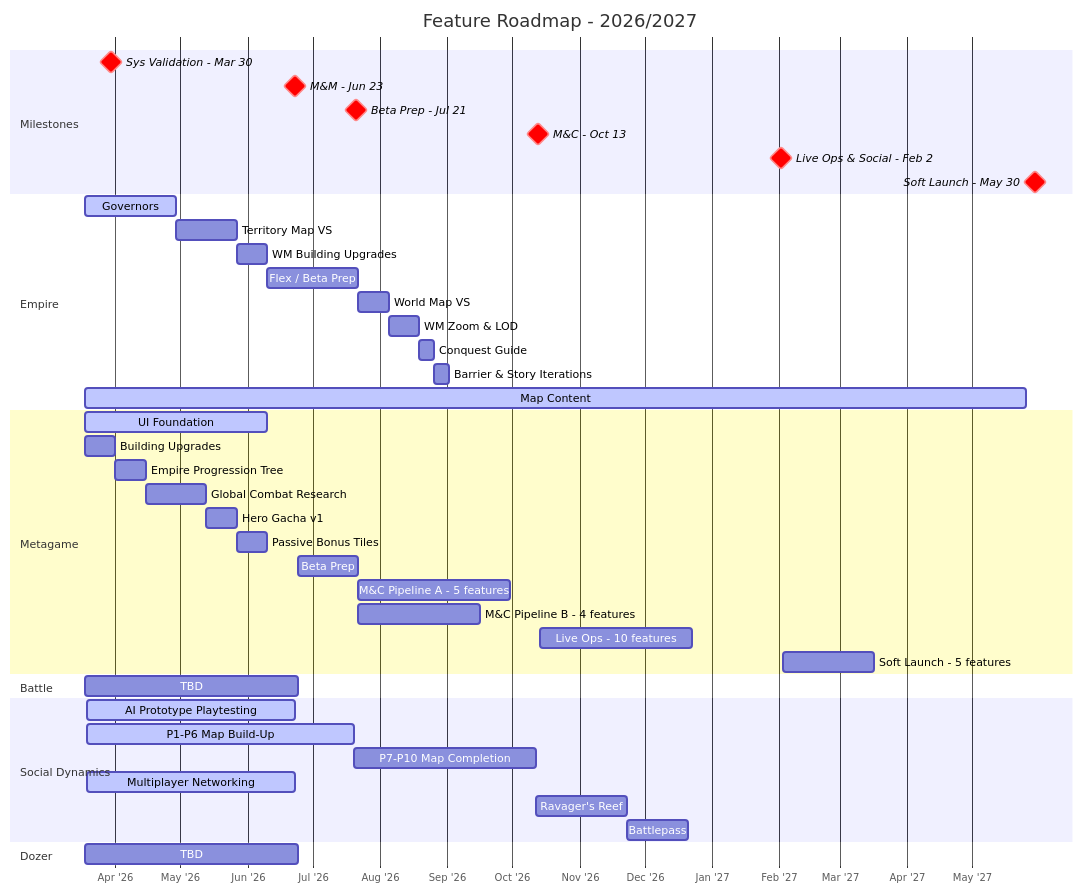
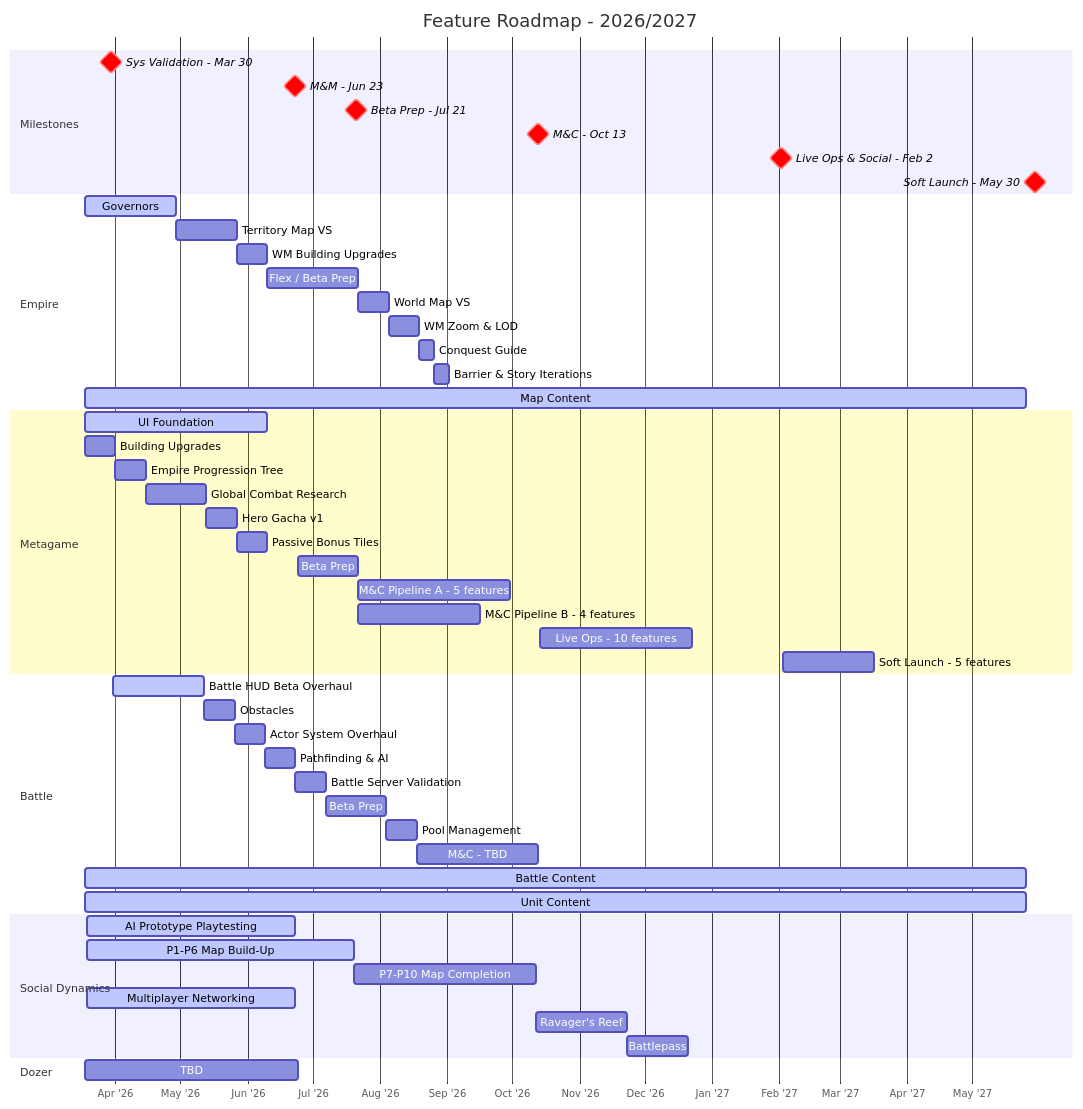
The diagram in generated/roadmap.md (timwilliams-prod/proj-chimera-documentation-brain), drawn with Mermaid before and after one commit. The commit also changed other lines of this file and 1 other file, not shown here.

Commit message:
updated battle plan

````diff
--- a/generated/roadmap.md
+++ b/generated/roadmap.md
@@ -16,53 +16,62 @@
 ```mermaid
 gantt
     title Feature Roadmap - 2026/2027
     dateFormat YYYY-MM-DD
     axisFormat %b '%y
     tickInterval 1month
 
     section Milestones
     Sys Validation - Mar 30   :crit, milestone, 2026-03-30, 0d
     M&M - Jun 23              :crit, milestone, 2026-06-23, 0d
     Beta Prep - Jul 21        :crit, milestone, 2026-07-21, 0d
     M&C - Oct 13              :crit, milestone, 2026-10-13, 0d
     Live Ops & Social - Feb 2 :crit, milestone, 2027-02-02, 0d
     Soft Launch - May 30      :crit, milestone, 2027-05-30, 0d
 
     section Empire
     Governors                 :active,  emp1, 2026-03-18, 42d
     Territory Map VS          :         emp2, after emp1, 28d
     WM Building Upgrades      :         emp3, after emp2, 14d
     Flex / Beta Prep          :         emp_bp, after emp3, 42d
     World Map VS              :         emp4, after emp_bp, 14d
     WM Zoom & LOD             :         emp5, after emp4, 14d
     Conquest Guide            :         emp6, after emp5, 7d
     Barrier & Story Iterations:         emp7, after emp6, 7d
     Map Content               :active,  emp_content, 2026-03-18, 434d
 
     section Metagame
     UI Foundation              :active, meta_a, 2026-03-18, 84d
     Building Upgrades          :meta1, 2026-03-18, 14d
     Empire Progression Tree    :meta2, after meta1, 14d
     Global Combat Research     :meta3, after meta2, 28d
     Hero Gacha v1              :meta4, after meta3, 14d
     Passive Bonus Tiles        :meta5, after meta4, 14d
     Beta Prep                  :meta_bp, 2026-06-24, 28d
     M&C Pipeline A - 5 features :meta_mc1, 2026-07-22, 70d
     M&C Pipeline B - 4 features :meta_mc2, 2026-07-22, 56d
     Live Ops - 10 features     :meta_lo, 2026-10-14, 70d
     Soft Launch - 5 features   :meta_sl, 2027-02-03, 42d
 
     section Battle
-    TBD                       :         bat1, 2026-03-18, 98d
+    Battle HUD Beta Overhaul  :active,  bat1, 2026-03-31, 42d
+    Obstacles                 :         bat2, after bat1, 14d
+    Actor System Overhaul     :         bat3, after bat2, 14d
+    Pathfinding & AI          :         bat4, after bat3, 14d
+    Battle Server Validation  :         bat5, after bat4, 14d
+    Beta Prep                 :         bat_bp, after bat5, 28d
+    Pool Management           :         bat6, after bat_bp, 14d
+    M&C - TBD                 :         bat_mc, after bat6, 56d
+    Battle Content            :active,  bat_content, 2026-03-18, 434d
+    Unit Content              :active,  bat_units, 2026-03-18, 434d
 
     section Social Dynamics
     AI Prototype Playtesting   :active,  soc_ai, 2026-03-19, 2026-06-23
     P1-P6 Map Build-Up        :active,  soc1, 2026-03-19, 2026-07-20
     P7-P10 Map Completion      :         soc2, after soc1, 84d
     Multiplayer Networking     :active,  soc_net, 2026-03-19, 2026-06-23
     Ravager's Reef             :         soc_rr, after soc2, 42d
     Battlepass                 :         soc_bp, after soc_rr, 28d
 
     section Dozer
     TBD                       :         doz1, 2026-03-18, 98d
 ```
````
